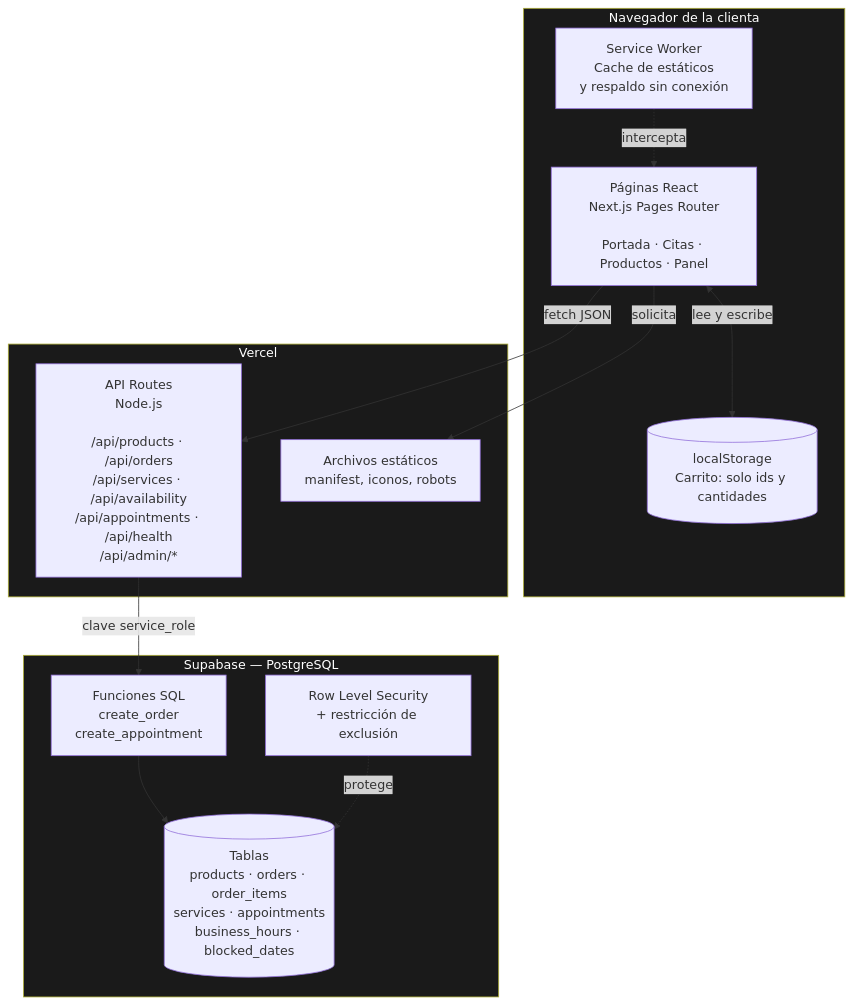
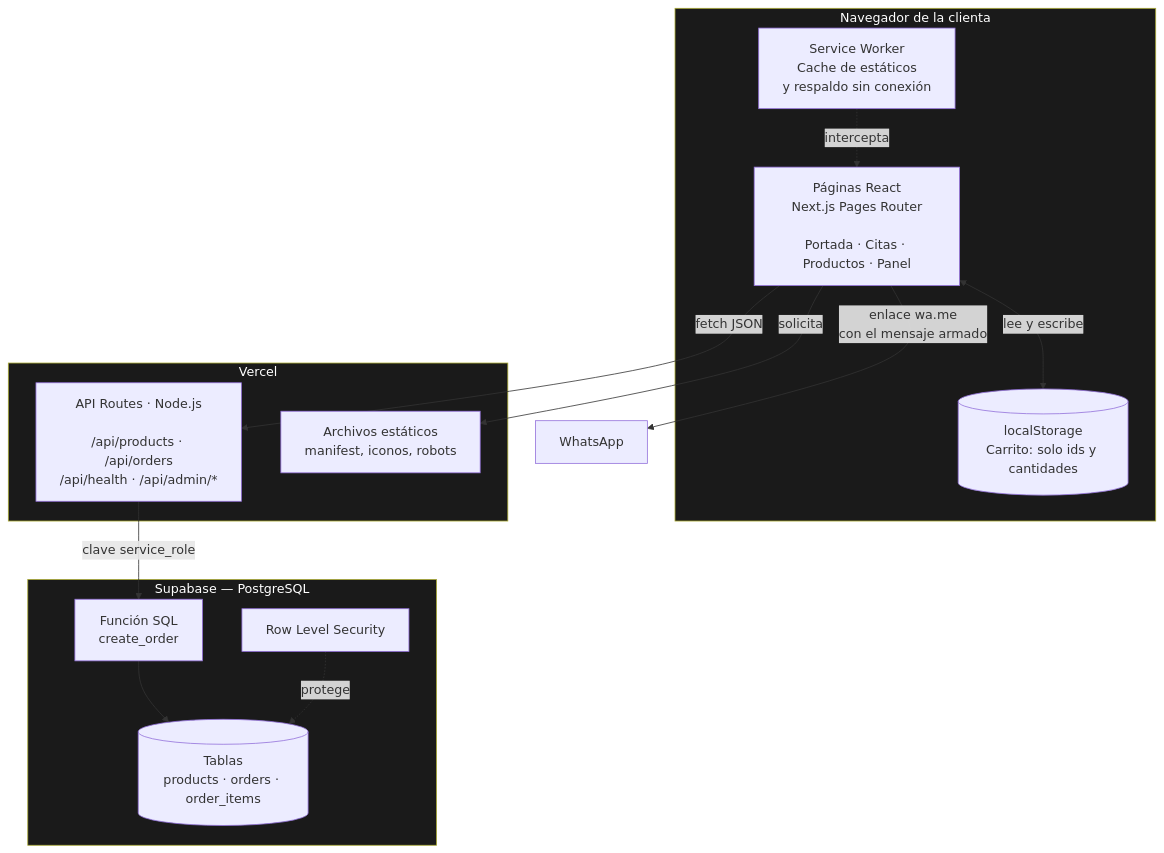
One commit to Alejandro-Paz05/Proyecto_ISW2 changed the second of 7 diagrams in docs/arquitectura.md. Above: the diagram before and after it, drawn with Mermaid. The commit also changed other lines of this file and 2 other files, not shown here.

````diff
--- a/docs/arquitectura.md
+++ b/docs/arquitectura.md
@@ -42,31 +48,34 @@
 ```mermaid
 flowchart TB
     subgraph navegador["Navegador de la clienta"]
         spa["Páginas React<br/>Next.js Pages Router<br/><br/>Portada · Citas · Productos · Panel"]
         sw["Service Worker<br/>Cache de estáticos<br/>y respaldo sin conexión"]
         ls[("localStorage<br/>Carrito: solo ids y cantidades")]
     end
 
     subgraph vercel["Vercel"]
-        api["API Routes<br/>Node.js<br/><br/>/api/products · /api/orders<br/>/api/services · /api/availability<br/>/api/appointments · /api/health<br/>/api/admin/*"]
+        api["API Routes · Node.js<br/><br/>/api/products · /api/orders<br/>/api/health · /api/admin/*"]
         estaticos["Archivos estáticos<br/>manifest, iconos, robots"]
     end
 
     subgraph supabase["Supabase — PostgreSQL"]
-        tablas[("Tablas<br/>products · orders · order_items<br/>services · appointments<br/>business_hours · blocked_dates")]
-        funciones["Funciones SQL<br/>create_order<br/>create_appointment"]
-        rls["Row Level Security<br/>+ restricción de exclusión"]
+        tablas[("Tablas<br/>products · orders · order_items")]
+        funciones["Función SQL<br/>create_order"]
+        rls["Row Level Security"]
     end
+
+    wa["WhatsApp"]
 
     spa -->|"fetch JSON"| api
     spa <-->|"lee y escribe"| ls
     sw -.->|"intercepta"| spa
     spa -->|"solicita"| estaticos
+    spa -->|"enlace wa.me<br/>con el mensaje armado"| wa
     api -->|"clave service_role"| funciones
     funciones --> tablas
     rls -.->|"protege"| tablas
 
     style navegador fill:#1a1a1a,color:#fff
     style vercel fill:#1a1a1a,color:#fff
     style supabase fill:#1a1a1a,color:#fff
 ```
````
